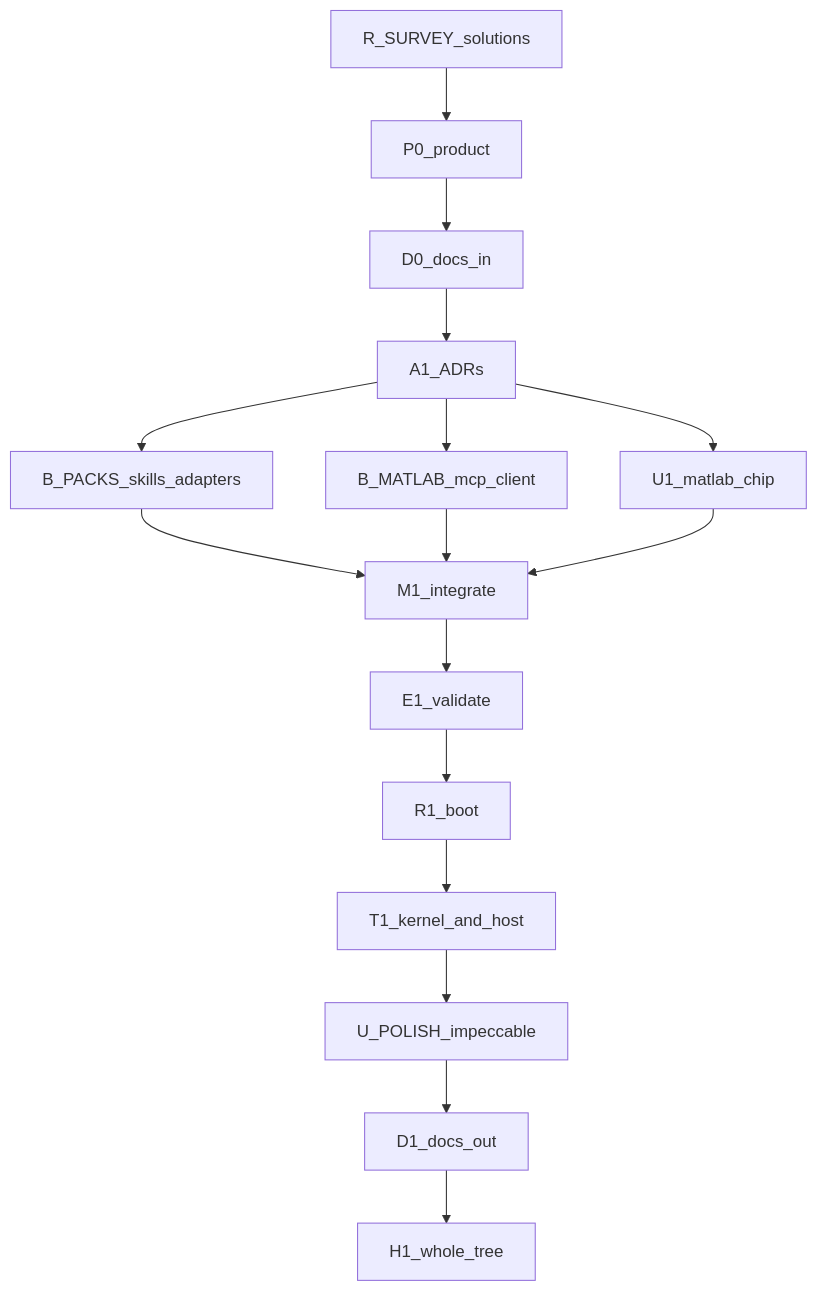
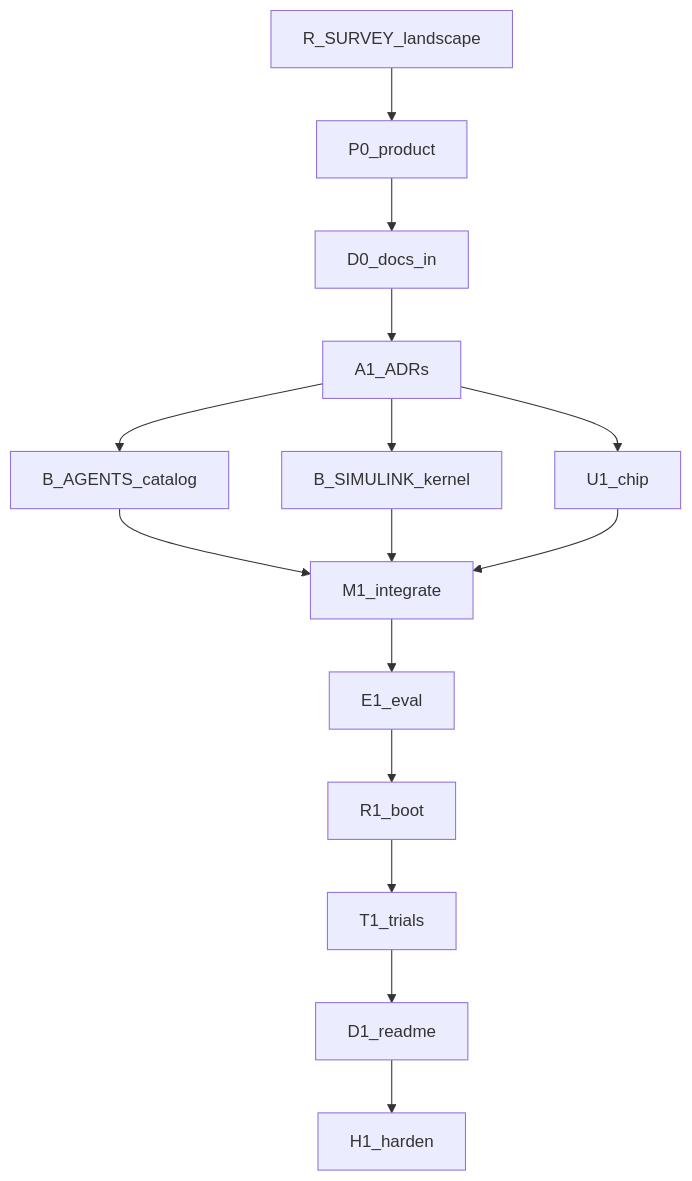
Before and after one commit to Vinayak-RZ/ARC: the diagram in LOOP_GRAPH.md, drawn with Mermaid. The commit also changed other lines of this file and 17 other files, not shown here.

First line of the commit message:
docs(plan): archive skills-matlab graph; add simulink-agents loop graph

````diff
--- a/LOOP_GRAPH.md
+++ b/LOOP_GRAPH.md
@@ -75,19 +72,18 @@
 ```mermaid
 flowchart TB
-  R_SURVEY[R_SURVEY_solutions]
+  R_SURVEY[R_SURVEY_landscape]
   R_SURVEY --> P0[P0_product]
   P0 --> D0[D0_docs_in]
   D0 --> A1[A1_ADRs]
-  A1 --> B_PACKS[B_PACKS_skills_adapters]
-  A1 --> B_MATLAB[B_MATLAB_mcp_client]
-  A1 --> U1[U1_matlab_chip]
-  B_PACKS --> M1[M1_integrate]
-  B_MATLAB --> M1
+  A1 --> B_AGENTS[B_AGENTS_catalog]
+  A1 --> B_SIMULINK[B_SIMULINK_kernel]
+  A1 --> U1[U1_chip]
+  B_AGENTS --> M1[M1_integrate]
+  B_SIMULINK --> M1
   U1 --> M1
-  M1 --> E1[E1_validate]
+  M1 --> E1[E1_eval]
   E1 --> R1[R1_boot]
-  R1 --> T1[T1_kernel_and_host]
-  T1 --> U_POLISH[U_POLISH_impeccable]
-  U_POLISH --> D1[D1_docs_out]
-  D1 --> H1[H1_whole_tree]
+  R1 --> T1[T1_trials]
+  T1 --> D1[D1_readme]
+  D1 --> H1[H1_harden]
 ```
````
